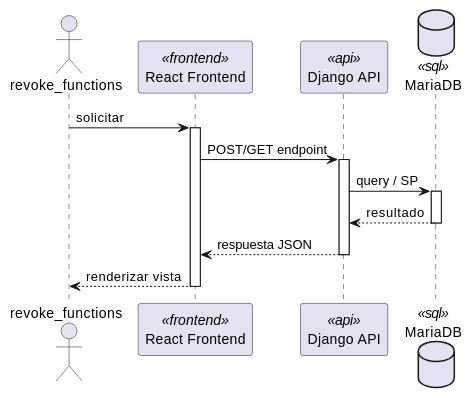
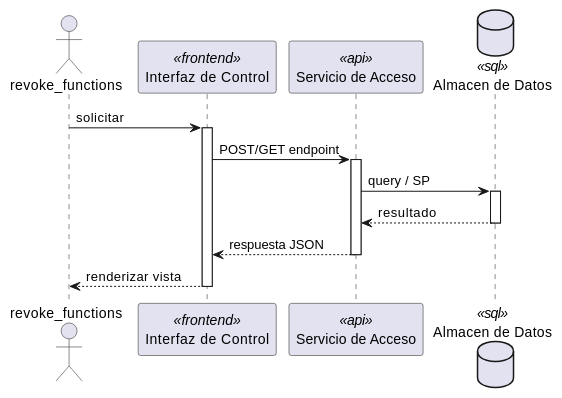
Before and after one commit to jcg-admin/IACT-docs: the first of 2 diagrams in source/arquitectura-tecnica/DesignView/acc-02.rst, drawn with PlantUML. The commit also changed other lines of this file and 243 other files, not shown here.

First line of the commit message:
Add missing diagrams and fix participant names across Kruchten views

```diff
--- a/source/arquitectura-tecnica/DesignView/acc-02.rst
+++ b/source/arquitectura-tecnica/DesignView/acc-02.rst
@@ -22,28 +22,28 @@
 .. uml::
  :caption: UC_ACC_02 — Design View (secuencia)
 
  @startuml
 
  actor "revoke_functions" as revoke_functions
- participant "React Frontend" as Frontend <<frontend>>
- participant "Django API" as APIServer <<api>>
- database "MariaDB" as BaseDatos <<sql>>
+ participant "Interfaz de Control" as Iface <<frontend>>
+ participant "Servicio de Acceso" as SvcNode <<api>>
+ database "Almacen de Datos" as Store <<sql>>
 
- revoke_functions -> Frontend : solicitar
- activate Frontend
+ revoke_functions -> Iface : solicitar
+ activate Iface
 
- Frontend -> APIServer : POST/GET endpoint
- activate APIServer
+ Iface -> SvcNode : POST/GET endpoint
+ activate SvcNode
 
- APIServer -> BaseDatos : query / SP
- activate BaseDatos
- BaseDatos --> APIServer : resultado
- deactivate BaseDatos
+ SvcNode -> Store : query / SP
+ activate Store
+ Store --> SvcNode : resultado
+ deactivate Store
 
- APIServer --> Frontend : respuesta JSON
- deactivate APIServer
+ SvcNode --> Iface : respuesta JSON
+ deactivate SvcNode
 
- Frontend --> revoke_functions : renderizar vista
- deactivate Frontend
+ Iface --> revoke_functions : renderizar vista
+ deactivate Iface
 
  @enduml
```
